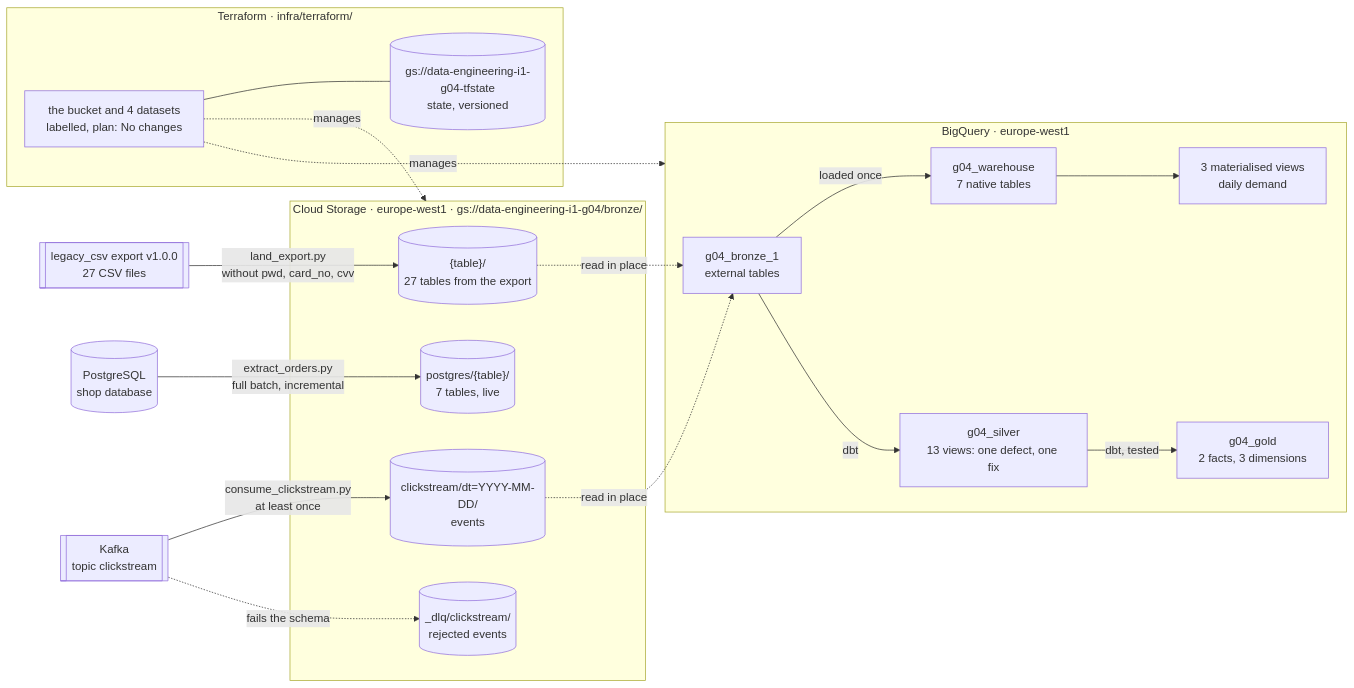
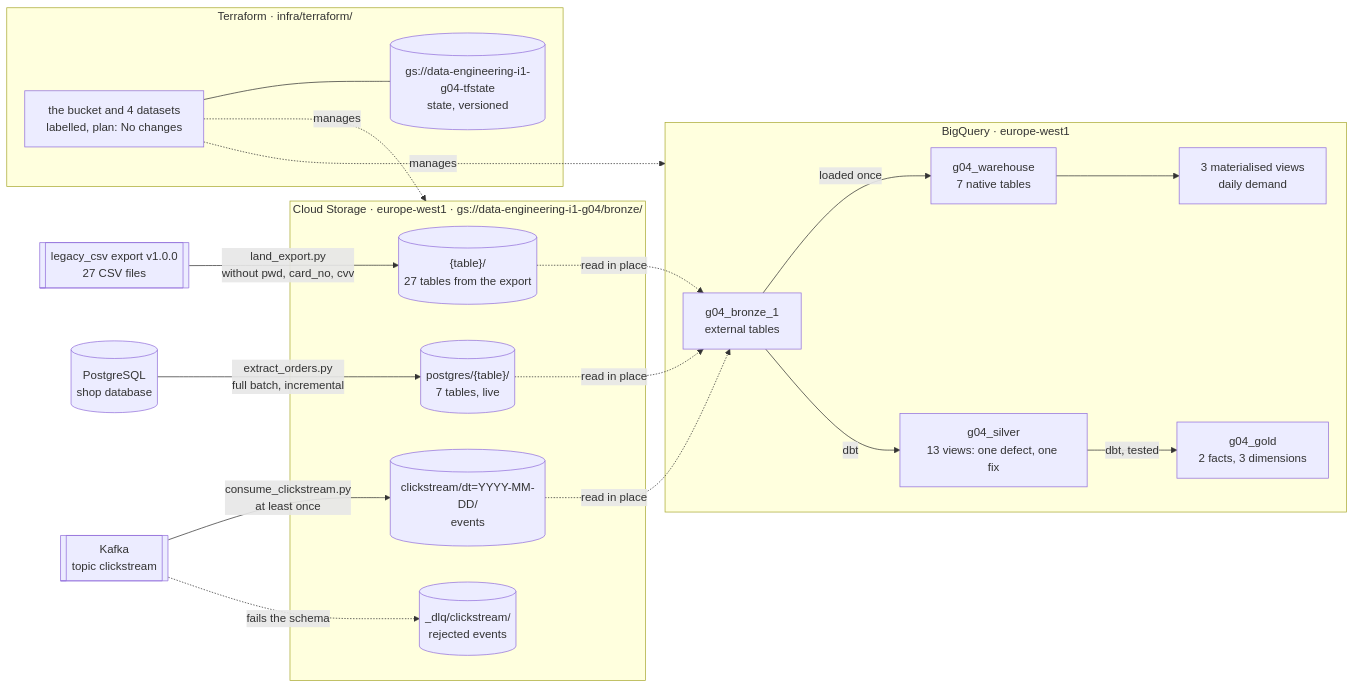
Before and after one commit to tluder-dot/DataEnGroup4: the second of 2 diagrams in docs/architecture.md, drawn with Mermaid. The commit also changed other lines of this file and 4 other files, not shown here.

````diff
--- a/docs/architecture.md
+++ b/docs/architecture.md
@@ -61,41 +61,42 @@
 ```mermaid
 flowchart LR
   export[["legacy_csv export v1.0.0<br/>27 CSV files"]]
   pg[("PostgreSQL<br/>shop database")]
   kafka[["Kafka<br/>topic clickstream"]]
 
   subgraph gcs["Cloud Storage · europe-west1 · gs://data-engineering-i1-g04/bronze/"]
     landed[("{table}/<br/>27 tables from the export")]
     live[("postgres/{table}/<br/>7 tables, live")]
     stream[("clickstream/dt=YYYY-MM-DD/<br/>events")]
     dlq[("_dlq/clickstream/<br/>rejected events")]
   end
 
   subgraph bq["BigQuery · europe-west1"]
     ext["g04_bronze_1<br/>external tables"]
     wh["g04_warehouse<br/>7 native tables"]
     mv["3 materialised views<br/>daily demand"]
     silver["g04_silver<br/>13 views: one defect, one fix"]
     gold["g04_gold<br/>2 facts, 3 dimensions"]
   end
 
   export -- "land_export.py<br/>without pwd, card_no, cvv" --> landed
   pg -- "extract_orders.py<br/>full batch, incremental" --> live
   kafka -- "consume_clickstream.py<br/>at least once" --> stream
   kafka -.->|fails the schema| dlq
   landed -.->|read in place| ext
+  live -.->|read in place| ext
   stream -.->|read in place| ext
   ext -- "loaded once" --> wh
   wh --> mv
   ext -- "dbt" --> silver
   silver -- "dbt, tested" --> gold
 
   subgraph iac["Terraform · infra/terraform/"]
     tf["the bucket and 4 datasets<br/>labelled, plan: No changes"]
     state[("gs://data-engineering-i1-g04-tfstate<br/>state, versioned")]
   end
 
   tf -.->|manages| gcs
   tf -.->|manages| bq
   tf --- state
 ```
````
